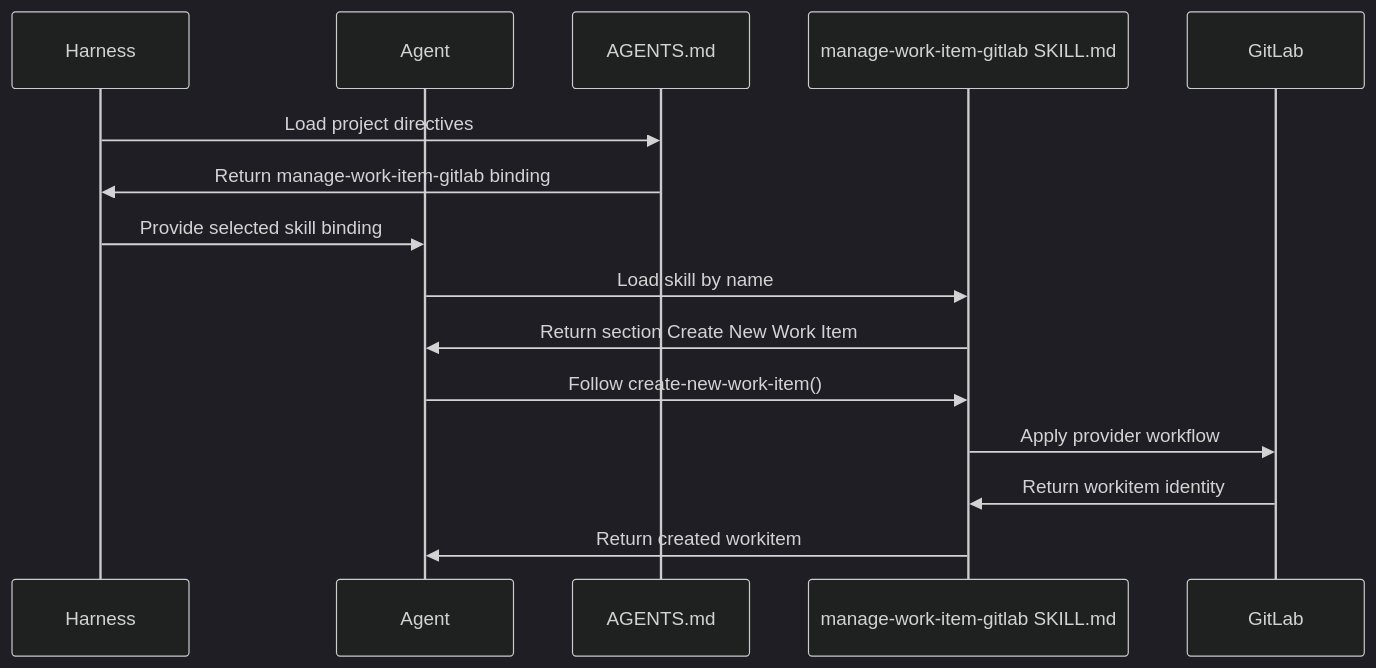
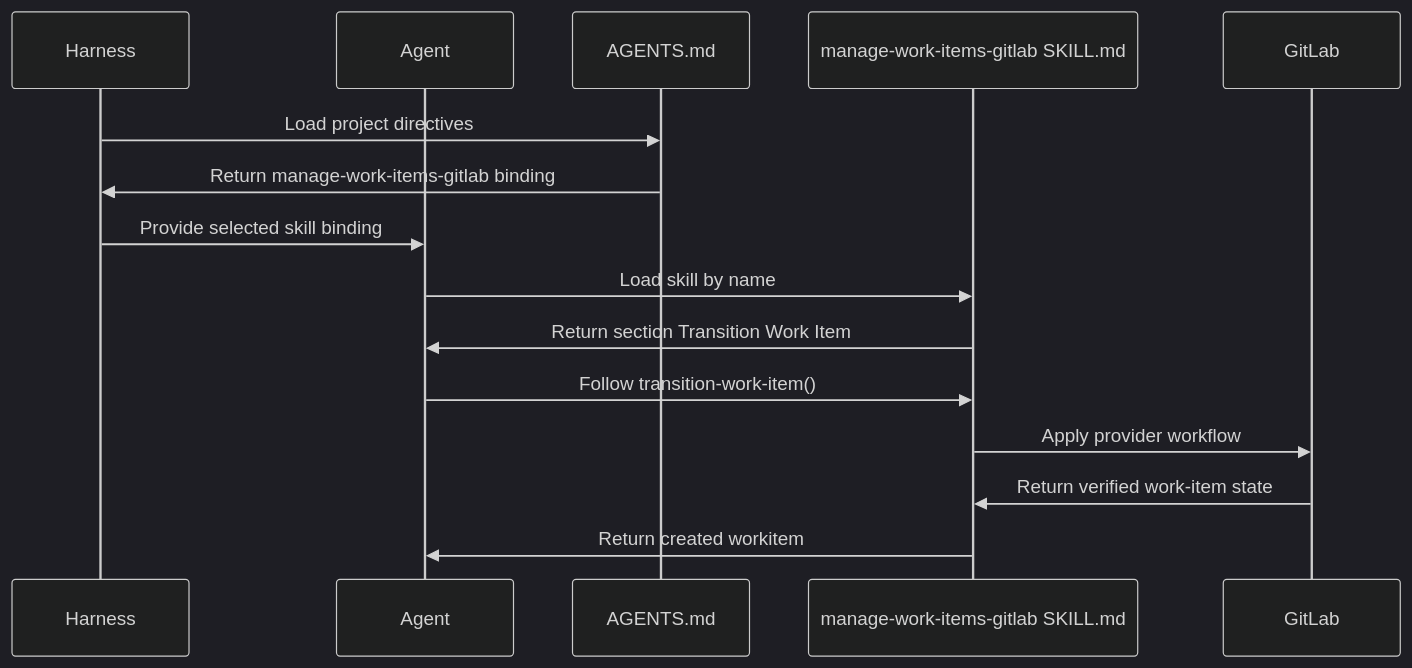
One commit to martinbechard/dev-methodology changed diagram 12 of 16 in design/object-oriented-agent-and-skill-model.md. Above: the diagram before and after it, drawn with Mermaid (dark theme). The commit also changed other lines of this file and 60 other files, not shown here.

First line of the commit message:
Integrate work item management provider naming

````diff
--- a/design/object-oriented-agent-and-skill-model.md
+++ b/design/object-oriented-agent-and-skill-model.md
@@ -561,18 +561,18 @@
 ```mermaid
 sequenceDiagram
     participant Harness
     participant Agent
     participant Guidance as AGENTS.md
-    participant Skill as manage-work-item-gitlab SKILL.md
+    participant Skill as manage-work-items-gitlab SKILL.md
     participant GitLab
 
     Harness->>Guidance: Load project directives
-    Guidance->>Harness: Return manage-work-item-gitlab binding
+    Guidance->>Harness: Return manage-work-items-gitlab binding
     Harness->>Agent: Provide selected skill binding
     Agent->>Skill: Load skill by name
-    Skill->>Agent: Return section Create New Work Item
-    Agent->>Skill: Follow create-new-work-item()
+    Skill->>Agent: Return section Transition Work Item
+    Agent->>Skill: Follow transition-work-item()
     Skill->>GitLab: Apply provider workflow
-    GitLab->>Skill: Return workitem identity
+    GitLab->>Skill: Return verified work-item state
     Skill->>Agent: Return created workitem
 ```
````
